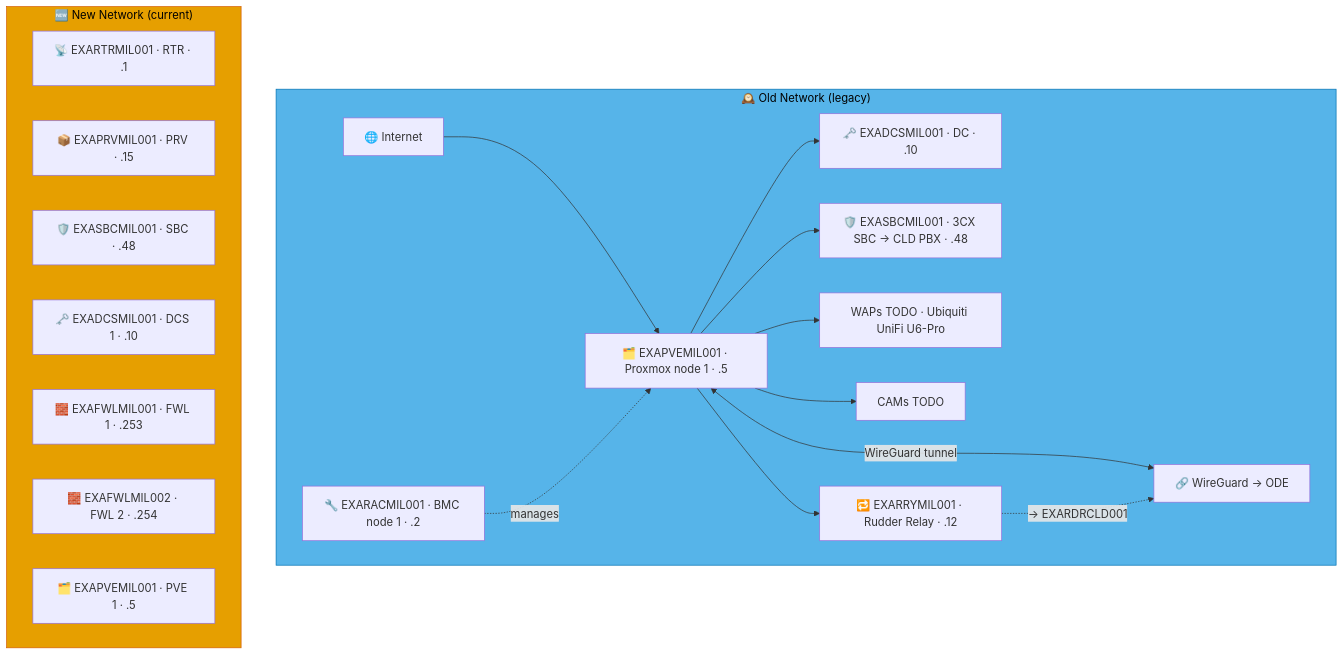
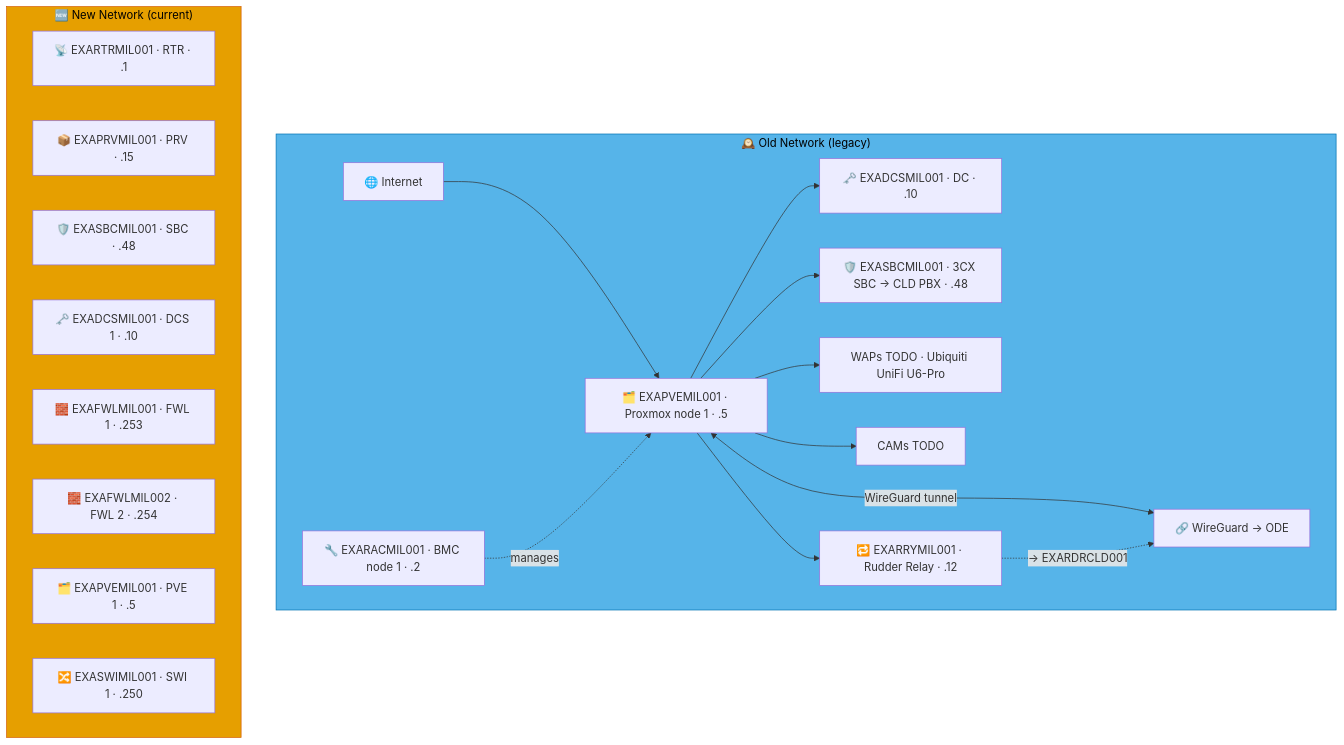
The diagram in docs/network-diagram/italia.md (knightmare2600/example_music_infra), drawn with Mermaid before and after one commit. The commit also changed 12 other files, not shown here.

````diff
--- a/docs/network-diagram/italia.md
+++ b/docs/network-diagram/italia.md
@@ -16,35 +16,36 @@
 ```mermaid
 graph TD
     subgraph OLD_MIL ["🕰️ Old Network (legacy)"]
       INET["🌐 Internet"]
       RAC["🔧 EXARACMIL001 · BMC node 1 · .2"]
       PVE["🗂️ EXAPVEMIL001 · Proxmox node 1 · .5"]
       DC["🗝️ EXADCSMIL001 · DC · .10"]
       SBC["🛡️ EXASBCMIL001 · 3CX SBC → CLD PBX · .48"]
       RRY["🔁 EXARRYMIL001 · Rudder Relay · .12"]
       WAP["WAPs TODO · Ubiquiti UniFi U6-Pro"]
       CAM["CAMs TODO"]
       VPN["🔗 WireGuard → ODE"]
 
       INET --> PVE --> DC & SBC
       RAC -.->|"manages"| PVE
       PVE --> WAP & CAM
       PVE <-->|"WireGuard tunnel"| VPN
 
       PVE --> RRY
       RRY -. "→ EXARDRCLD001" .-> VPN
     end
     style OLD_MIL fill:#56B4E9,stroke:#0072B2,color:#000000
     %% GENERATED:NEW-NETWORK:MIL:START
     subgraph NEW_MIL ["🆕 New Network (current)"]
       N_RTR["📡 EXARTRMIL001 · RTR · .1"]
       N_PRV["📦 EXAPRVMIL001 · PRV · .15"]
       N_SBC["🛡️ EXASBCMIL001 · SBC · .48"]
       N_DCS["🗝️ EXADCSMIL001 · DCS 1 · .10"]
       N_FWL["🧱 EXAFWLMIL001 · FWL 1 · .253"]
       N_FWL2["🧱 EXAFWLMIL002 · FWL 2 · .254"]
       N_PVE["🗂️ EXAPVEMIL001 · PVE 1 · .5"]
+      N_SWI["🔀 EXASWIMIL001 · SWI 1 · .250"]
     end
     style NEW_MIL fill:#E69F00,stroke:#D55E00,color:#000000
     %% GENERATED:NEW-NETWORK:MIL:END
 ```
````
